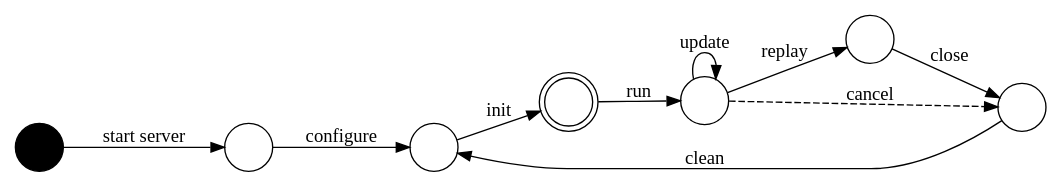
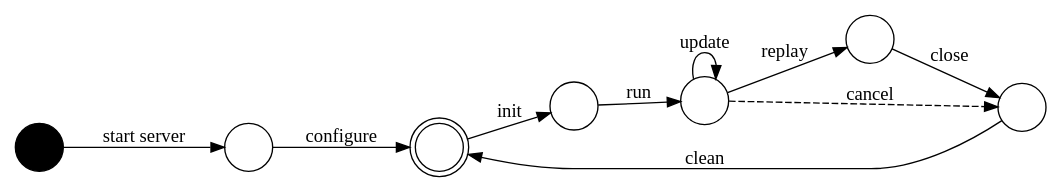
One commit to wintechis/bold-server changed the diagram in lifecycle.dot. Above: the diagram before and after it, drawn with Graphviz. The commit also changed 6 other files, not shown here.

```diff
--- a/lifecycle.dot
+++ b/lifecycle.dot
@@ -1,22 +1,22 @@
 digraph {
     graph [rankdir="LR"]
     node [shape=circle]
 
     created [label="",fillcolor=black,style=filled]
     configured [label=""]
-    emptyStore [label=""]
-    ready [label="",shape=doublecircle]
+    emptyStore [label="",shape=doublecircle]
+    ready [label=""]
     running [label=""]
     replaying [label=""]
     dirtyStore [label=""]
 
     created -> configured [label="start server"]
     configured -> emptyStore [label="configure"]
     emptyStore -> ready [label="init"]
     ready -> running [label="run"]
     running -> running [label="update"]
     running -> replaying [label="replay"]
     replaying -> dirtyStore [label="close"]
     running -> dirtyStore [label="cancel",style=dashed]
     dirtyStore -> emptyStore [label="clean"]
 }
```
